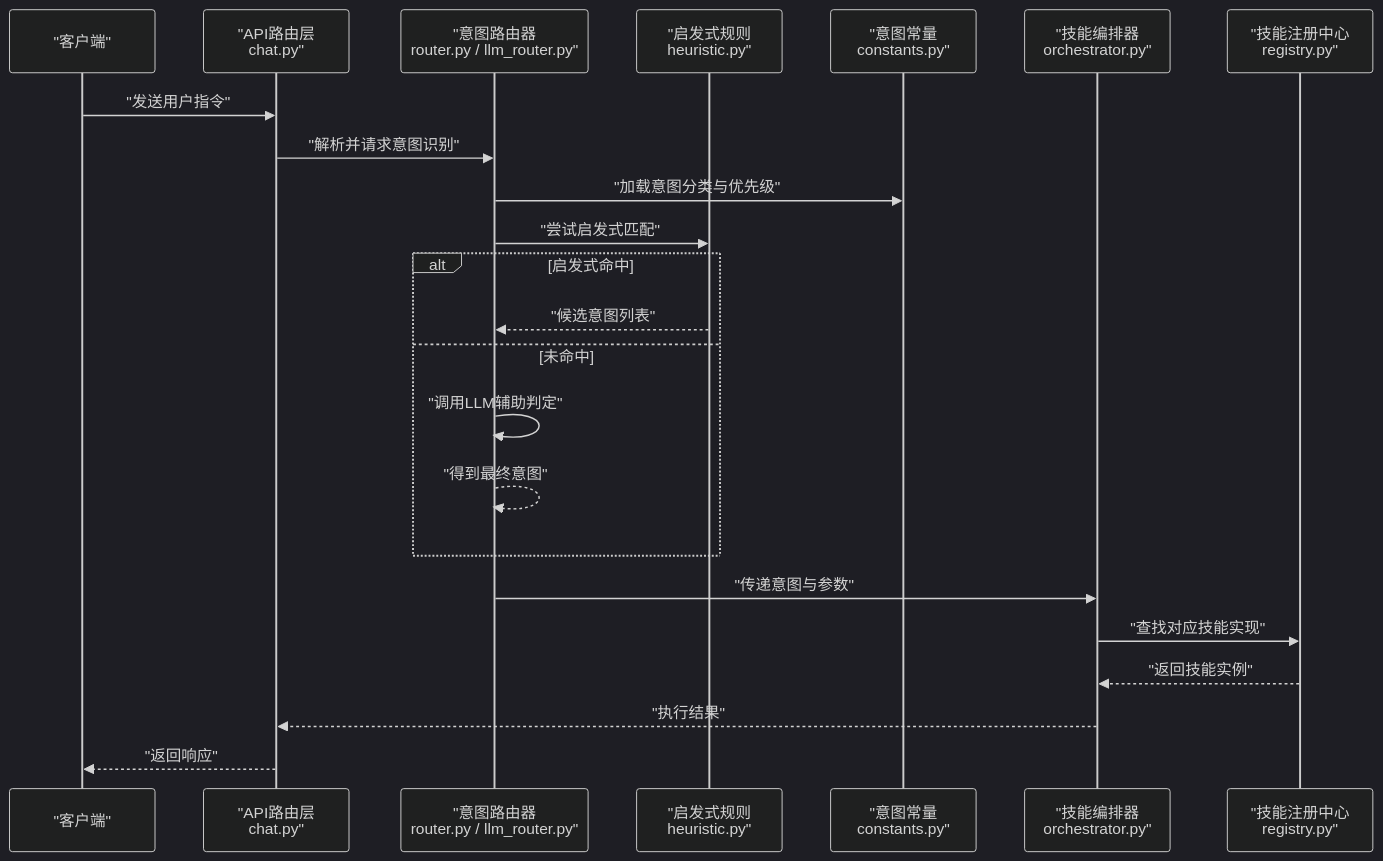
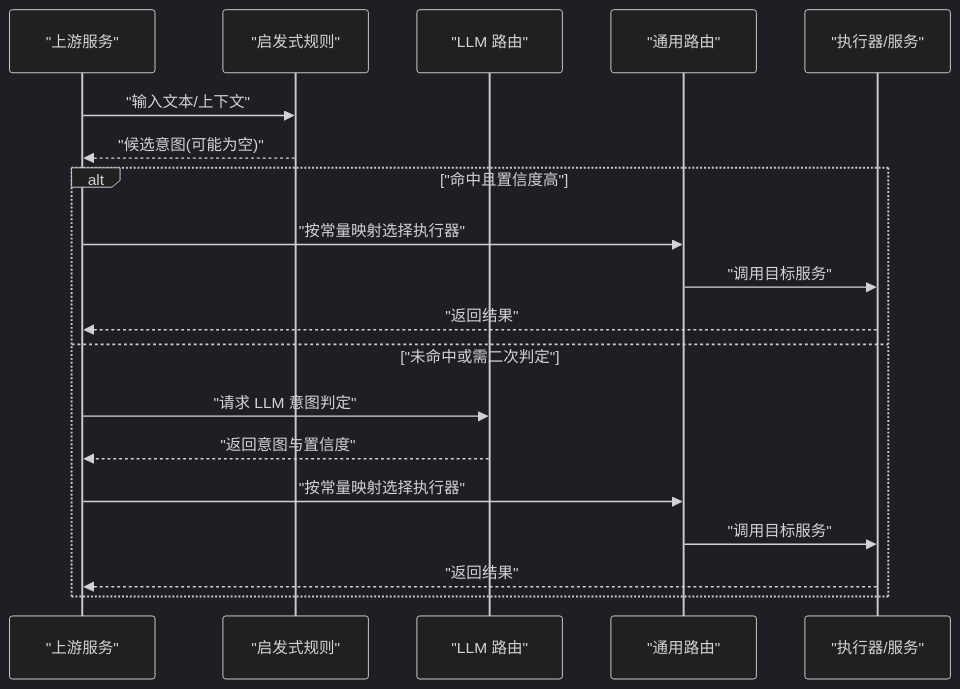
Before and after one commit to zmdhdu/NexusCockpit: the second of 7 diagrams in .qoder/repowiki/zh/content/核心模块设计/AI Agent系统/意图识别与路由/意图常量定义.md, drawn with Mermaid (dark theme). The commit also changed other lines of this file and 23 other files, not shown here.

````diff
--- a/.qoder/repowiki/zh/content/核心模块设计/AI Agent系统/意图识别与路由/意图常量定义.md
+++ b/.qoder/repowiki/zh/content/核心模块设计/AI Agent系统/意图识别与路由/意图常量定义.md
@@ -89,25 +91,21 @@
 ```mermaid
 sequenceDiagram
-participant Client as "客户端"
-participant API as "API路由层<br/>chat.py"
-participant Router as "意图路由器<br/>router.py / llm_router.py"
-participant Heur as "启发式规则<br/>heuristic.py"
-participant Const as "意图常量<br/>constants.py"
-participant Orch as "技能编排器<br/>orchestrator.py"
-participant Reg as "技能注册中心<br/>registry.py"
-Client->>API : "发送用户指令"
-API->>Router : "解析并请求意图识别"
-Router->>Const : "加载意图分类与优先级"
-Router->>Heur : "尝试启发式匹配"
-alt 启发式命中
-Heur-->>Router : "候选意图列表"
-else 未命中
-Router->>Router : "调用LLM辅助判定"
-Router-->>Router : "得到最终意图"
+participant U as "上游服务"
+participant H as "启发式规则"
+participant L as "LLM 路由"
+participant R as "通用路由"
+participant S as "执行器/服务"
+U->>H : "输入文本/上下文"
+H-->>U : "候选意图(可能为空)"
+alt "命中且置信度高"
+U->>R : "按常量映射选择执行器"
+R->>S : "调用目标服务"
+S-->>U : "返回结果"
+else "未命中或需二次判定"
+U->>L : "请求 LLM 意图判定"
+L-->>U : "返回意图与置信度"
+U->>R : "按常量映射选择执行器"
+R->>S : "调用目标服务"
+S-->>U : "返回结果"
 end
-Router->>Orch : "传递意图与参数"
-Orch->>Reg : "查找对应技能实现"
-Reg-->>Orch : "返回技能实例"
-Orch-->>API : "执行结果"
-API-->>Client : "返回响应"
 ```
````
